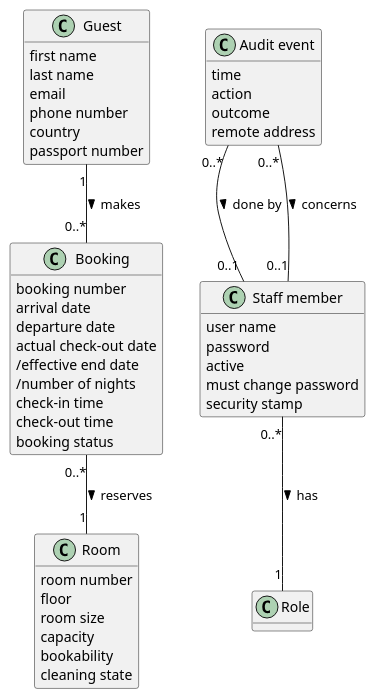
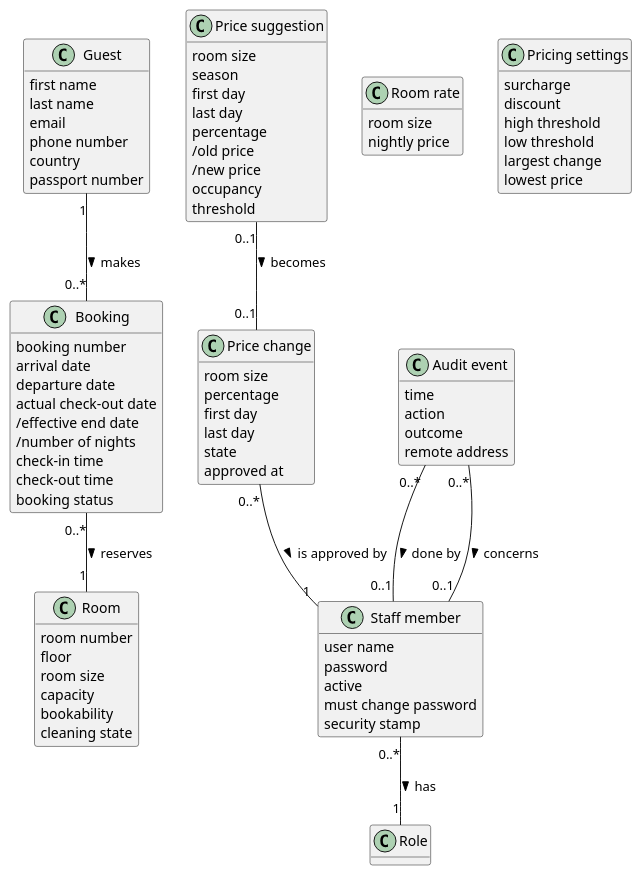
The diagram in docs/domain-model.md (NF-Hotel/NFHotel), drawn with PlantUML before and after one commit. The commit also changed other lines of this file and 154 other files, not shown here.

First line of the commit message:
Plan and build MIL-051: room price suggestions that a Manager approves with one click

````diff
--- a/docs/domain-model.md
+++ b/docs/domain-model.md
@@ -64,6 +65,37 @@
   security stamp
 }
 class Role
+class "Room rate" as RoomRate {
+  room size
+  nightly price
+}
+class "Price change" as PriceChange {
+  room size
+  percentage
+  first day
+  last day
+  state
+  approved at
+}
+class "Price suggestion" as PriceSuggestion {
+  room size
+  season
+  first day
+  last day
+  percentage
+  /old price
+  /new price
+  occupancy
+  threshold
+}
+class "Pricing settings" as PricingSettings {
+  surcharge
+  discount
+  high threshold
+  low threshold
+  largest change
+  lowest price
+}
 class "Audit event" as AuditEvent {
   time
   action
@@ -75,5 +107,7 @@
 AuditEvent "0..*" -- "0..1" StaffMember : done by >
 AuditEvent "0..*" -- "0..1" StaffMember : concerns >
 Booking "0..*" -- "1" Room : reserves >
+PriceChange "0..*" -- "1" StaffMember : is approved by >
+PriceSuggestion "0..1" -- "0..1" PriceChange : becomes >
 @enduml
 ```
````
